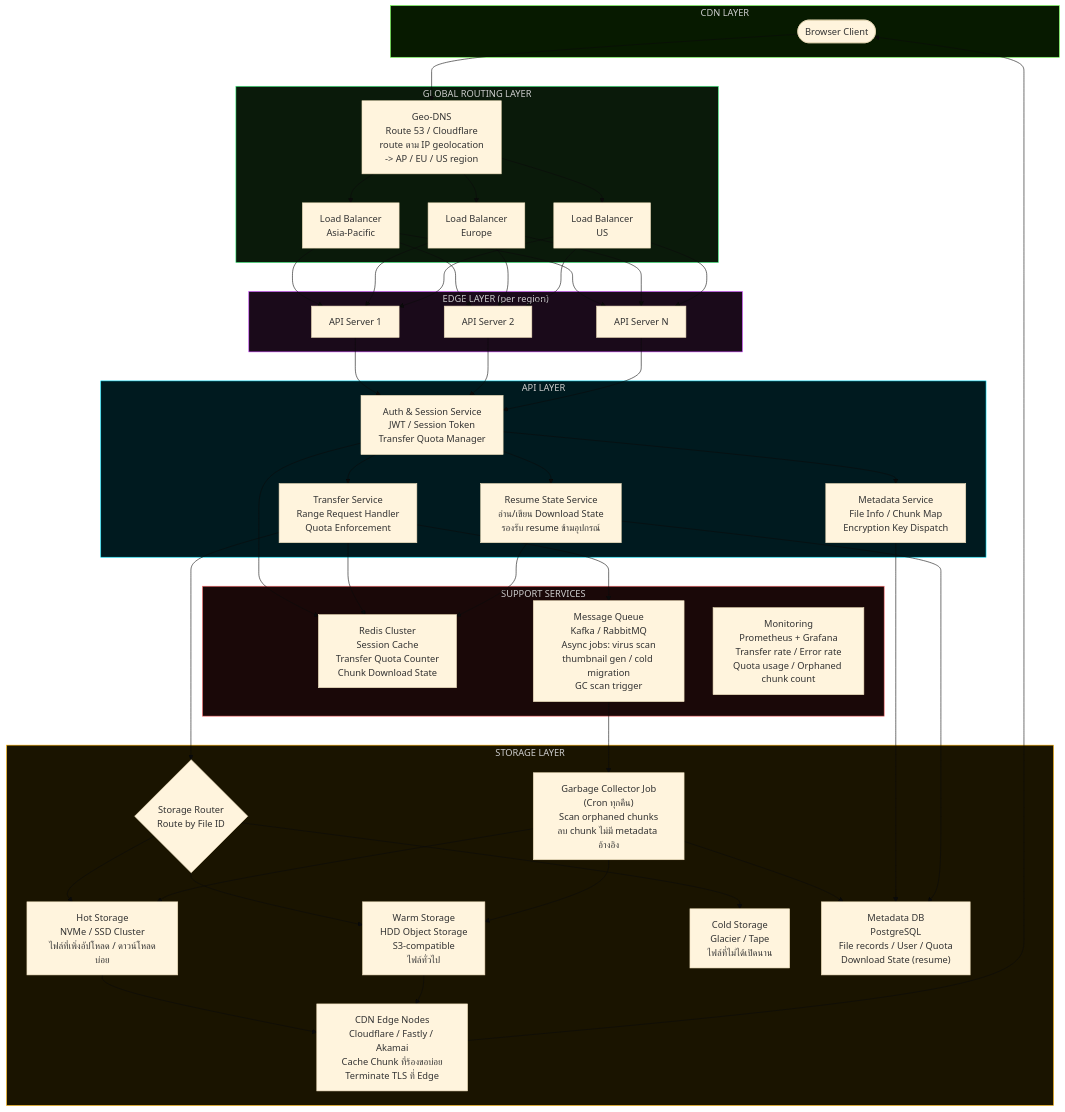
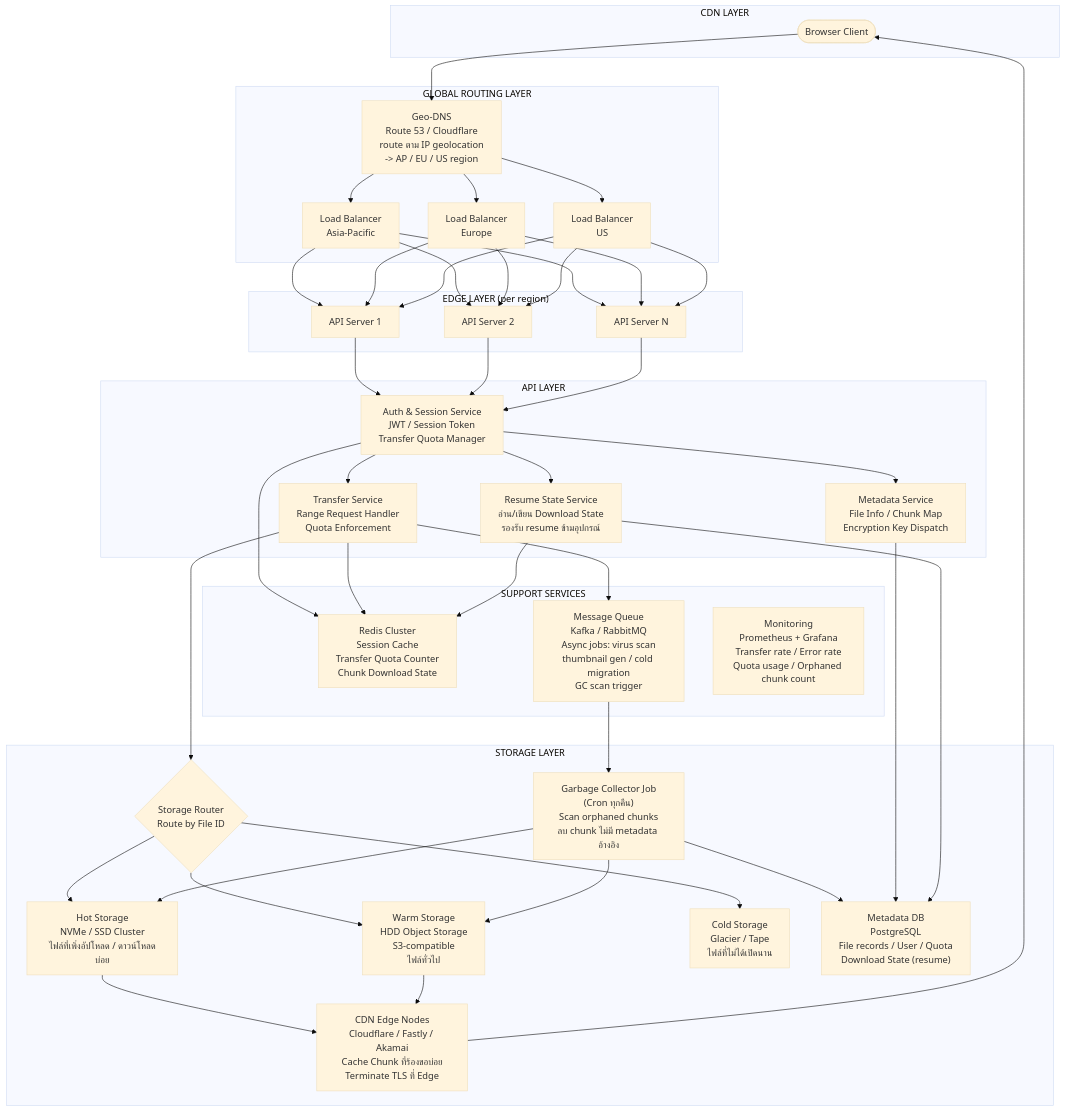
One commit to Jedsadha1777/SaaS-Download changed the diagram in server-infrastructure.md. Above: the diagram before and after it, drawn with Mermaid (base theme).

````diff
--- a/server-infrastructure.md
+++ b/server-infrastructure.md
@@ -9,63 +9,58 @@
 ```mermaid
 flowchart TD
     CLIENT([Browser Client]) --> GEODNS
 
     subgraph ROUTING ["GLOBAL ROUTING LAYER"]
         GEODNS["Geo-DNS<br>Route 53 / Cloudflare<br>route ตาม IP geolocation<br>-> AP / EU / US region"]
         GEODNS --> LB_AP[Load Balancer<br>Asia-Pacific]
         GEODNS --> LB_EU[Load Balancer<br>Europe]
         GEODNS --> LB_US[Load Balancer<br>US]
     end
 
     subgraph EDGE ["EDGE LAYER (per region)"]
         LB_AP & LB_EU & LB_US --> API1[API Server 1]
         LB_AP & LB_EU & LB_US --> API2[API Server 2]
         LB_AP & LB_EU & LB_US --> APIN[API Server N]
     end
 
     subgraph API ["API LAYER"]
         API1 & API2 & APIN --> AUTH[Auth & Session Service<br>JWT / Session Token<br>Transfer Quota Manager]
         AUTH --> META[Metadata Service<br>File Info / Chunk Map<br>Encryption Key Dispatch]
         AUTH --> TRANSFER[Transfer Service<br>Range Request Handler<br>Quota Enforcement]
         AUTH --> RESUME[Resume State Service<br>อ่าน/เขียน Download State<br>รองรับ resume ข้ามอุปกรณ์]
     end
 
     subgraph STORAGE ["STORAGE LAYER"]
         TRANSFER --> ROUTER{Storage Router<br>Route by File ID}
         ROUTER --> HOT["Hot Storage<br>NVMe / SSD Cluster<br>ไฟล์ที่เพิ่งอัปโหลด / ดาวน์โหลดบ่อย"]
         ROUTER --> WARM["Warm Storage<br>HDD Object Storage<br>S3-compatible<br>ไฟล์ทั่วไป"]
         ROUTER --> COLD["Cold Storage<br>Glacier / Tape<br>ไฟล์ที่ไม่ได้เปิดนาน"]
         HOT & WARM --> CDN
         GC["Garbage Collector Job<br>(Cron ทุกคืน)<br>Scan orphaned chunks<br>ลบ chunk ไม่มี metadata อ้างอิง"]
         GC --> HOT
         GC --> WARM
         GC --> DB
     end
 
     subgraph CDN_LAYER ["CDN LAYER"]
         CDN["CDN Edge Nodes<br>Cloudflare / Fastly / Akamai<br>Cache Chunk ที่ร้องขอบ่อย<br>Terminate TLS ที่ Edge"]
         CDN --> CLIENT
     end
 
     subgraph SUPPORT ["SUPPORT SERVICES"]
         REDIS["Redis Cluster<br>Session Cache<br>Transfer Quota Counter<br>Chunk Download State"]
         DB["Metadata DB<br>PostgreSQL<br>File records / User / Quota<br>Download State (resume)"]
         QUEUE["Message Queue<br>Kafka / RabbitMQ<br>Async jobs: virus scan<br>thumbnail gen / cold migration<br>GC scan trigger"]
         MONITOR["Monitoring<br>Prometheus + Grafana<br>Transfer rate / Error rate<br>Quota usage / Orphaned chunk count"]
     end
 
     AUTH --> REDIS
     META --> DB
     TRANSFER --> REDIS
     TRANSFER --> QUEUE
     RESUME --> DB
     RESUME --> REDIS
     QUEUE --> GC
 
-    style ROUTING fill:#0a1a0a,stroke:#44FF88,color:#ccc
-    style EDGE fill:#1a0a1a,stroke:#CC44FF,color:#ccc
-    style API fill:#001a1f,stroke:#00E5FF,color:#ccc
-    style STORAGE fill:#1a1400,stroke:#FFB300,color:#ccc
-    style CDN_LAYER fill:#071a00,stroke:#69FF47,color:#ccc
-    style SUPPORT fill:#1a0808,stroke:#FF6B6B,color:#ccc
+
 ```
````
